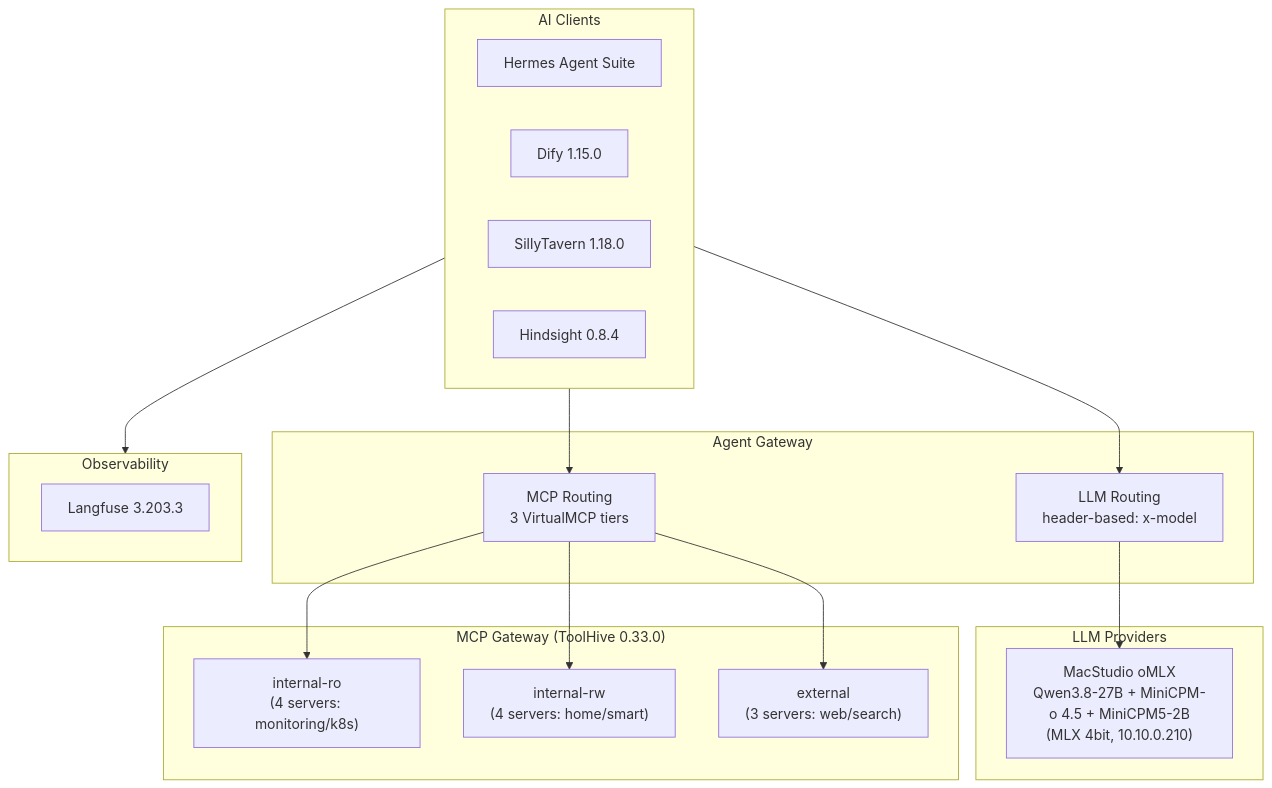
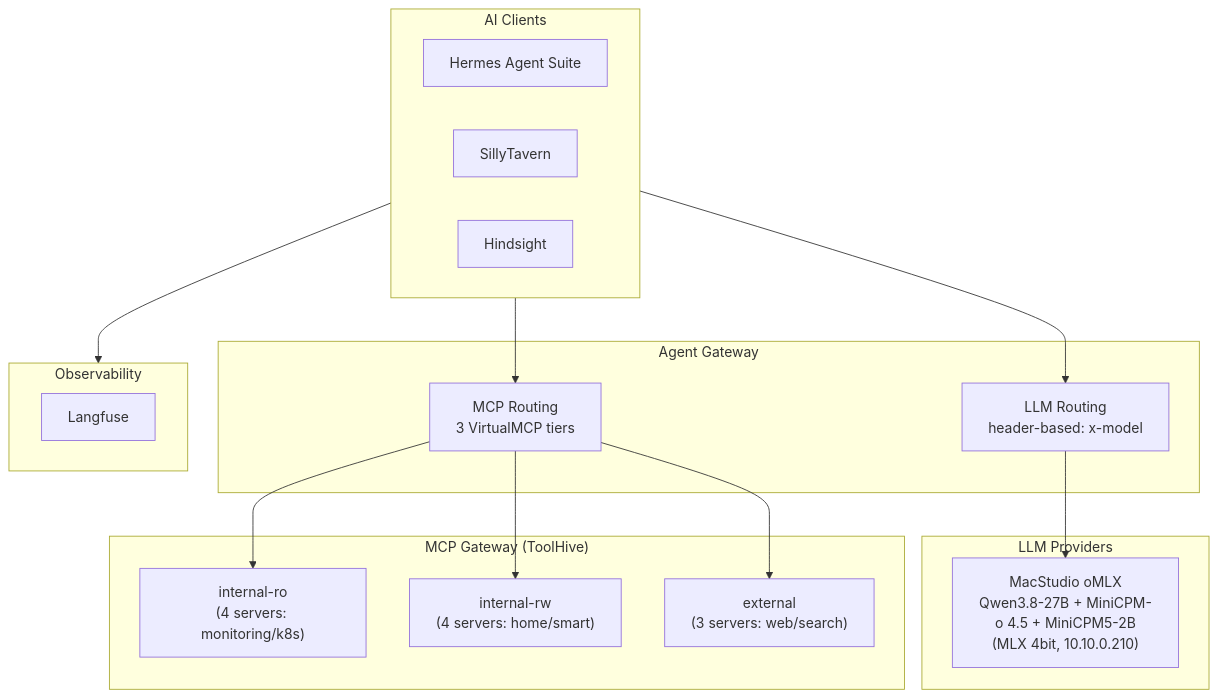
One commit to soulwhisper/home-ops changed the diagram in docs/application/ai.md. Above: the diagram before and after it, drawn with Mermaid. The commit also changed other lines of this file and 40 other files, not shown here.

````diff
--- a/docs/application/ai.md
+++ b/docs/application/ai.md
@@ -8,36 +8,35 @@
 ```mermaid
 flowchart TB
     subgraph Clients["AI Clients"]
         Hermes["Hermes Agent Suite"]
-        Dify["Dify 1.15.0"]
-        ST["SillyTavern 1.18.0"]
-        HS["Hindsight 0.8.4"]
+        ST["SillyTavern"]
+        HS["Hindsight"]
     end
 
     subgraph Gateway["Agent Gateway"]
         AG-LLM["LLM Routing<br/>header-based: x-model"]
         AG-MCP["MCP Routing<br/>3 VirtualMCP tiers"]
     end
 
     subgraph LLM["LLM Providers"]
         Studio["MacStudio oMLX<br/>Qwen3.8-27B + MiniCPM-o 4.5 + MiniCPM5-2B<br/>(MLX 4bit, 10.10.0.210)"]
     end
 
-    subgraph MCP["MCP Gateway (ToolHive 0.33.0)"]
+    subgraph MCP["MCP Gateway (ToolHive)"]
         VMCP-RO["internal-ro<br/>(4 servers: monitoring/k8s)"]
         VMCP-RW["internal-rw<br/>(4 servers: home/smart)"]
         VMCP-EXT["external<br/>(3 servers: web/search)"]
     end
 
     subgraph Obs["Observability"]
-        Langfuse["Langfuse 3.203.3"]
+        Langfuse["Langfuse"]
     end
 
     Clients --> AG-LLM
     Clients --> AG-MCP
     AG-LLM --> Studio
     AG-MCP --> VMCP-RO
     AG-MCP --> VMCP-RW
     AG-MCP --> VMCP-EXT
     Clients --> Obs
 ```
````
